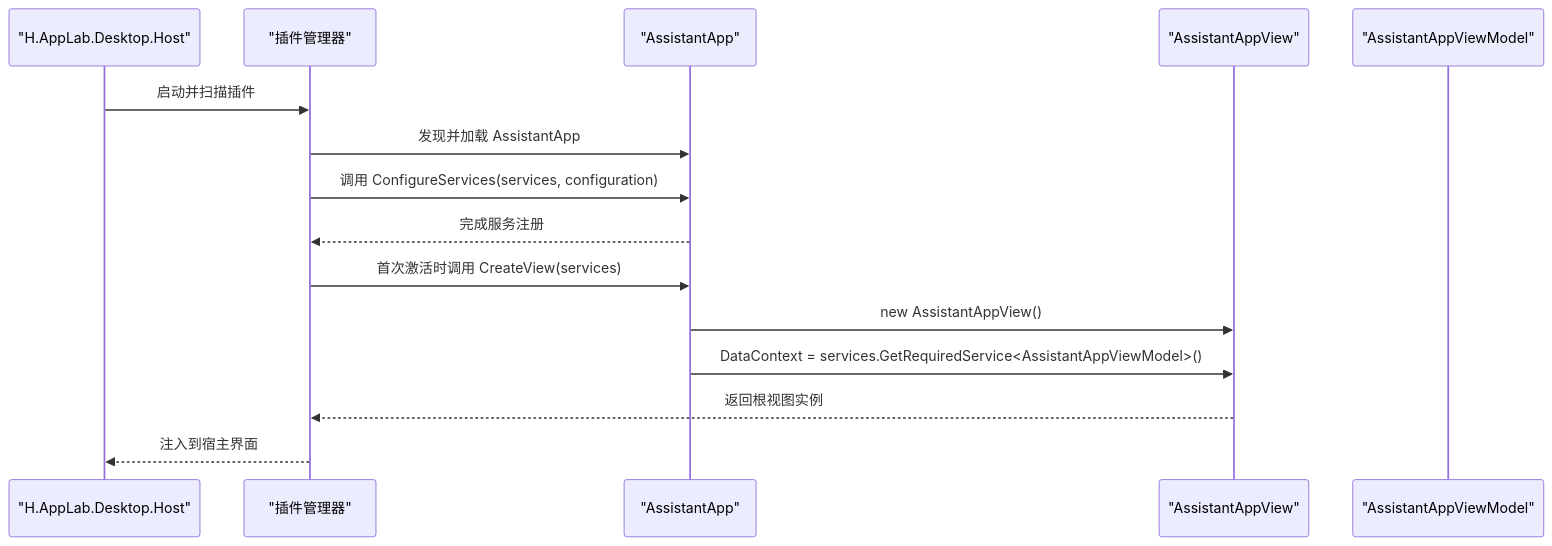
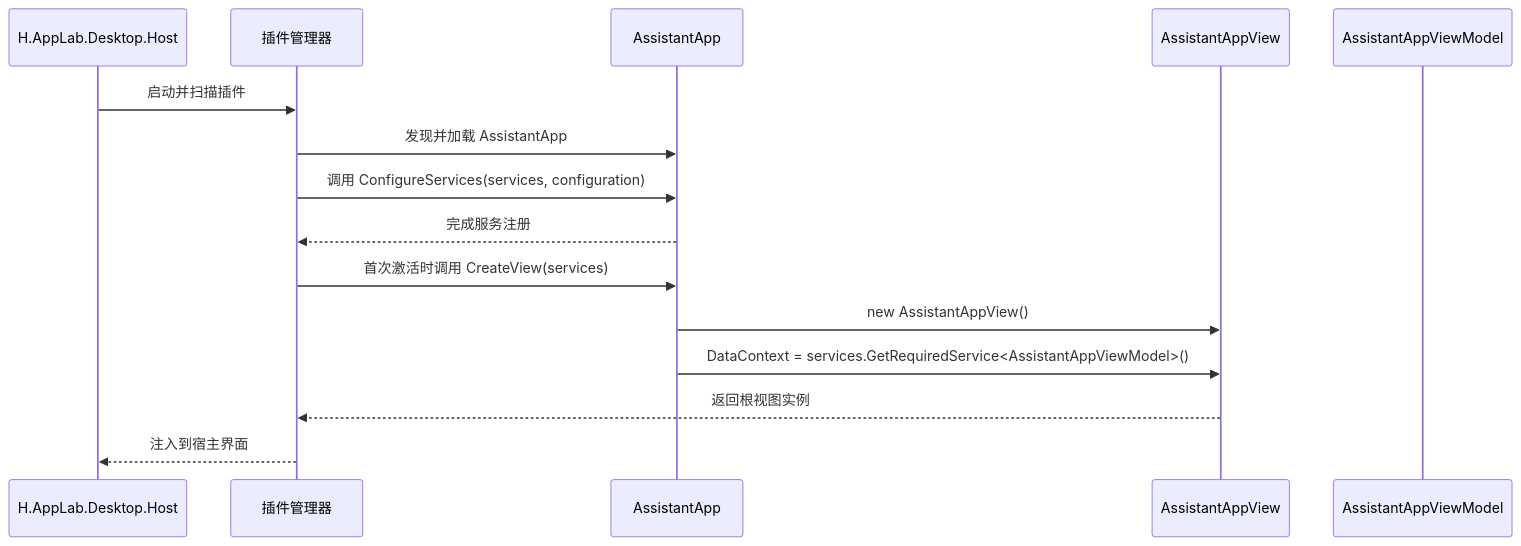
Before and after one commit to openlowcodelab/lowcode: the sixth of 10 diagrams in .qoder/repowiki/zh/content/AI助手服务/桌面端应用/桌面端应用.md, drawn with Mermaid. The commit also changed other lines of this file and 118 other files, not shown here.

````diff
--- a/.qoder/repowiki/zh/content/AI助手服务/桌面端应用/桌面端应用.md
+++ b/.qoder/repowiki/zh/content/AI助手服务/桌面端应用/桌面端应用.md
@@ -155,17 +263,17 @@
 ```mermaid
 sequenceDiagram
-participant Host as "H.AppLab.Desktop.Host"
-participant Manager as "插件管理器"
-participant Plugin as "AssistantApp"
-participant View as "AssistantAppView"
-participant VM as "AssistantAppViewModel"
+participant Host as H.AppLab.Desktop.Host
+participant Manager as 插件管理器
+participant Plugin as AssistantApp
+participant View as AssistantAppView
+participant VM as AssistantAppViewModel
 Host->>Manager : 启动并扫描插件
 Manager->>Plugin : 发现并加载 AssistantApp
 Manager->>Plugin : 调用 ConfigureServices(services, configuration)
 Plugin-->>Manager : 完成服务注册
 Manager->>Plugin : 首次激活时调用 CreateView(services)
 Plugin->>View : new AssistantAppView()
 Plugin->>View : DataContext = services.GetRequiredService<AssistantAppViewModel>()
 View-->>Manager : 返回根视图实例
 Manager-->>Host : 注入到宿主界面
 ```
````
